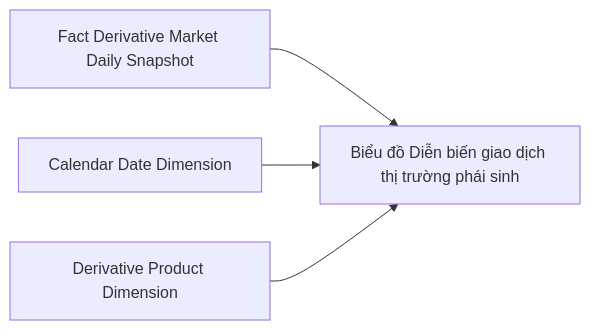
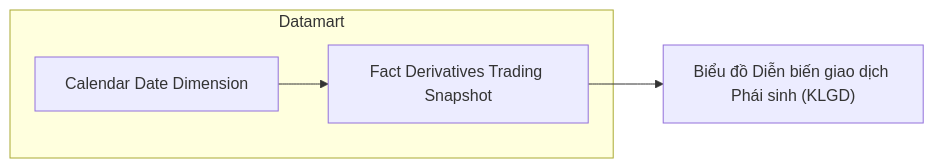
One commit to linhlvit/ubck_atomic_design changed diagram 14 of 22 in Datamart/hld/DTM_VP_HLD.md. Above: the diagram before and after it, drawn with Mermaid. The commit also changed other lines of this file and 14 other files, not shown here.

````diff
--- a/Datamart/hld/DTM_VP_HLD.md
+++ b/Datamart/hld/DTM_VP_HLD.md
@@ -670,10 +527,9 @@
 ```mermaid
 flowchart LR
-    F2[Fact Derivative Market Daily Snapshot]
-    D2[Calendar Date Dimension]
-    D4[Derivative Product Dimension]
-    R2[Biểu đồ Diễn biến giao dịch thị trường phái sinh]
-    F2 --> R2
-    D2 --> R2
-    D4 --> R2
+    subgraph GOLD["Datamart"]
+        fct_derv_tdg_snpst["Fact Derivatives Trading Snapshot"]
+        cdr_dt_dim["Calendar Date Dimension"]
+    end
+    cdr_dt_dim --> fct_derv_tdg_snpst
+    fct_derv_tdg_snpst --> RPT5["Biểu đồ Diễn biến giao dịch Phái sinh (KLGD)"]
 ```
````
